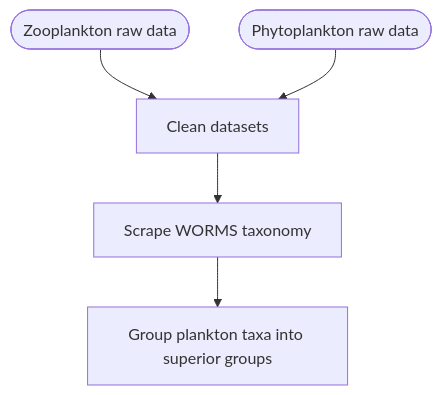
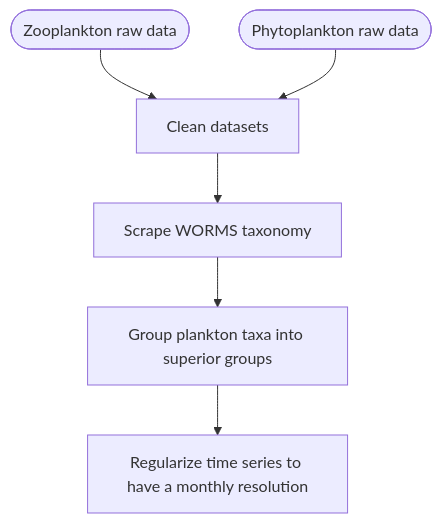
Before and after one commit to lucienbastin/Gravelines_plankton_resilience_paper: the diagram in flowchart.md, drawn with Mermaid.

Commit message:
Add timeseries regularization step to flowchart

````diff
--- a/flowchart.md
+++ b/flowchart.md
@@ -5,21 +5,25 @@
 ```mermaid
 flowchart TD
   zooplankton-raw-data([Zooplankton raw data])
   click zooplankton-raw-data "https://gitlab.com/lucien_bastin/Gravelines_plankton_resilience_paper/-/blob/master/Data/Raw/DOME_ZP_IGA_GRAVELINES_Ready_version_2024.csv"
 
   phytoplankton-raw-data([Phytoplankton raw data])
   click phytoplankton-raw-data "https://gitlab.com/lucien_bastin/Gravelines_plankton_resilience_paper/-/blob/master/Data/Raw/DOME_PP_IGA_GRAVELINES_Ready_version_2024.csv"
 
   clean-datasets[Clean datasets]
   click clean-datasets "https://gitlab.com/lucien_bastin/Gravelines_plankton_resilience_paper/-/blob/master/Output/Notebooks/01_clean_data.md"
 
   scrape-worms-taxo[Scrape WORMS taxonomy]
   click scrape-worms-taxo "https://gitlab.com/lucien_bastin/Gravelines_plankton_resilience_paper/-/blob/master/Output/Notebooks/02_scrape_WORMS_taxonomy.md"
 
   group-plankton-taxa[Group plankton taxa into superior groups]
   click group-plankton-taxa "https://gitlab.com/lucien_bastin/Gravelines_plankton_resilience_paper/-/blob/master/Output/Notebooks/03_taxonomic_grouping.md"
 
+  regularize-timeseries[Regularize time series to have a monthly resolution]
+  click regularize-timeseries "https://gitlab.com/lucien_bastin/Gravelines_plankton_resilience_paper/-/blob/master/Output/Notebooks/05_regularize_to_month.md"
+
   zooplankton-raw-data & phytoplankton-raw-data --> clean-datasets
   clean-datasets --> scrape-worms-taxo
   scrape-worms-taxo --> group-plankton-taxa
+  group-plankton-taxa --> regularize-timeseries
 ```
````
